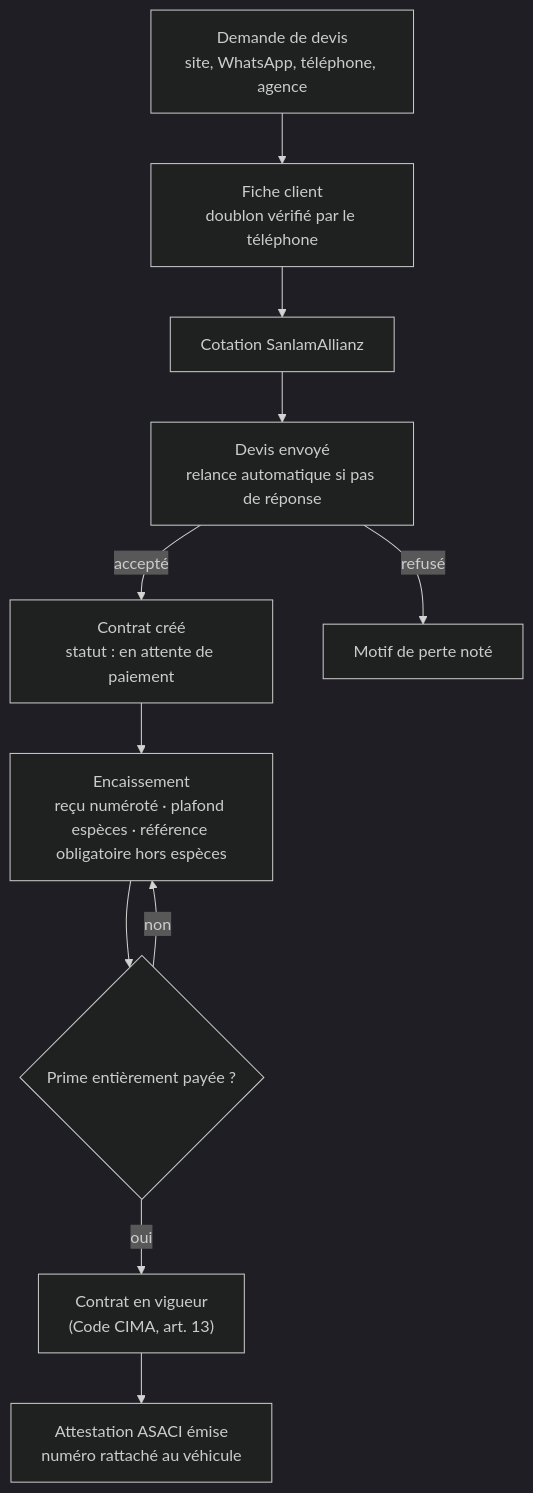
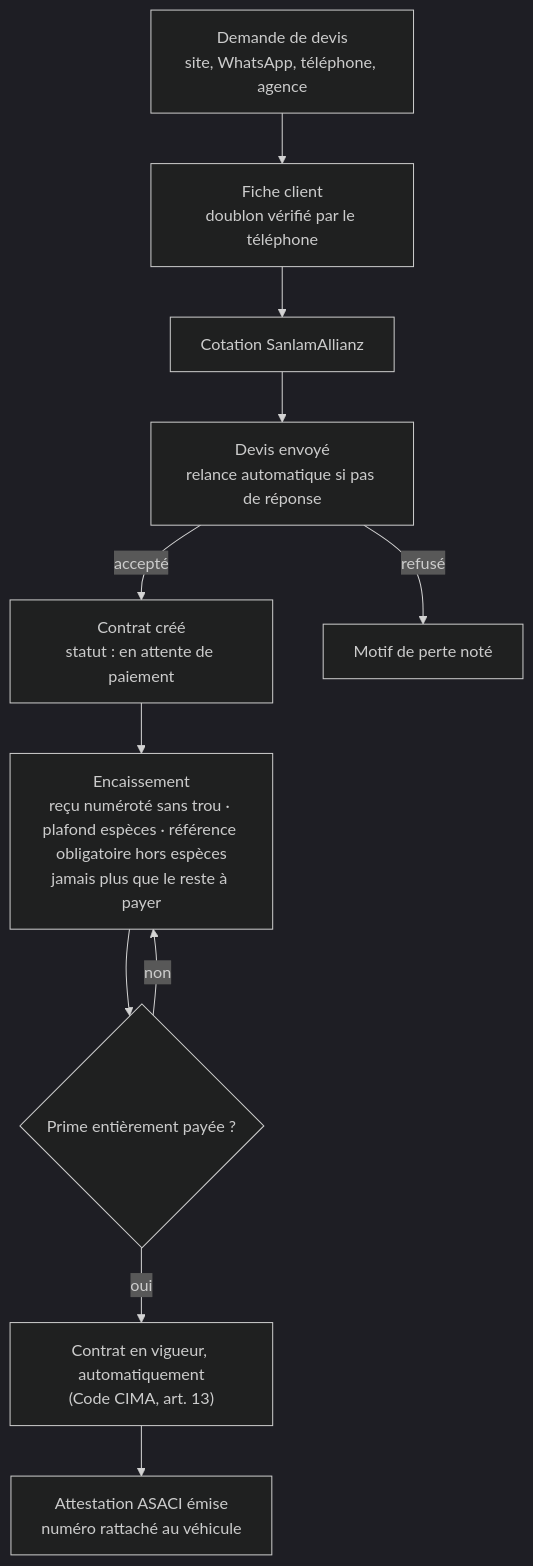
The first of 4 diagrams in docs/metier/processus.md (doumby87-stack/DBS-ASSURANCES), drawn with Mermaid (dark theme) before and after one commit. The commit also changed other lines of this file and 11 other files, not shown here.

````diff
--- a/docs/metier/processus.md
+++ b/docs/metier/processus.md
@@ -7,13 +7,13 @@
 ```mermaid
 flowchart TD
   A["Demande de devis<br/>site, WhatsApp, téléphone, agence"] --> B["Fiche client<br/>doublon vérifié par le téléphone"]
   B --> C["Cotation SanlamAllianz"]
   C --> D["Devis envoyé<br/>relance automatique si pas de réponse"]
   D -->|accepté| E["Contrat créé<br/>statut : en attente de paiement"]
   D -->|refusé| X["Motif de perte noté"]
-  E --> F["Encaissement<br/>reçu numéroté · plafond espèces · référence obligatoire hors espèces"]
+  E --> F["Encaissement<br/>reçu numéroté sans trou · plafond espèces · référence obligatoire hors espèces<br/>jamais plus que le reste à payer"]
   F --> G{"Prime entièrement payée ?"}
   G -->|non| F
-  G -->|oui| H["Contrat en vigueur<br/>(Code CIMA, art. 13)"]
+  G -->|oui| H["Contrat en vigueur, automatiquement<br/>(Code CIMA, art. 13)"]
   H --> I["Attestation ASACI émise<br/>numéro rattaché au véhicule"]
 ```
````
